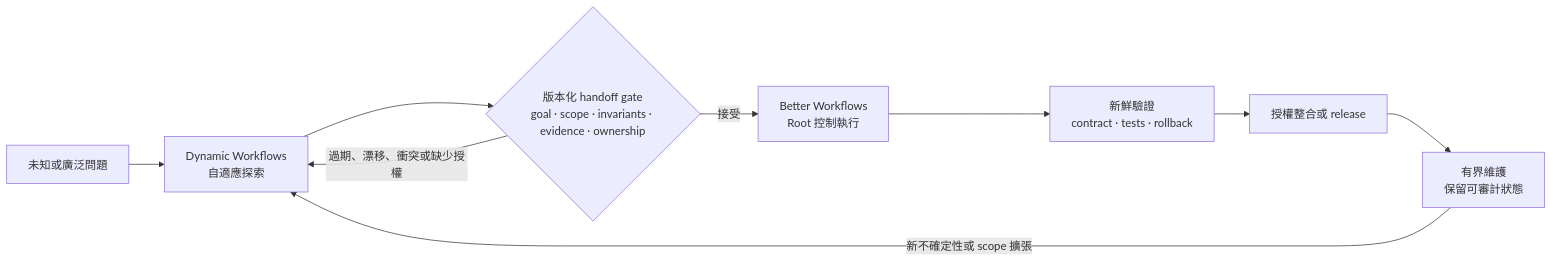
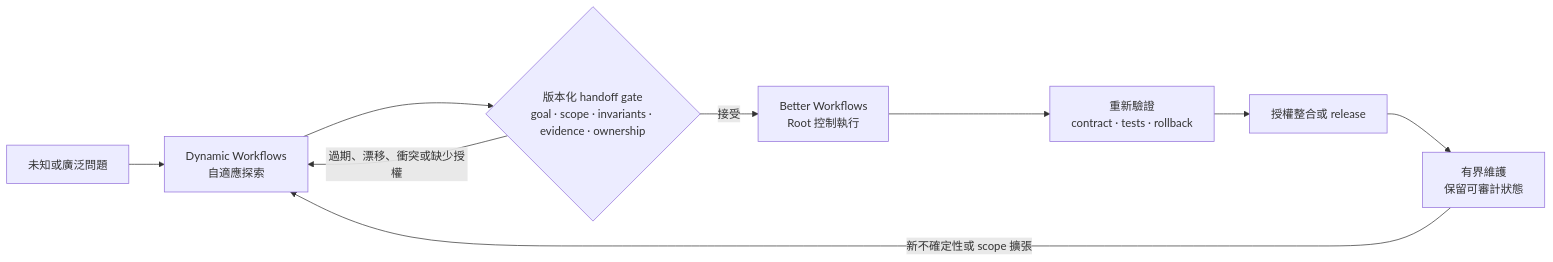
The first of 4 diagrams in docs/details/zh-TW.md (stephen-taipei/better-workflows), drawn with Mermaid before and after one commit. The commit also changed other lines of this file and 83 other files, not shown here.

````diff
--- a/docs/details/zh-TW.md
+++ b/docs/details/zh-TW.md
@@ -69,11 +69,11 @@
 ```mermaid
 flowchart LR
   A["未知或廣泛問題"] --> B["Dynamic Workflows<br/>自適應探索"]
   B --> C{"版本化 handoff gate<br/>goal · scope · invariants · evidence · ownership"}
   C -- "過期、漂移、衝突或缺少授權" --> B
   C -- "接受" --> D["Better Workflows<br/>Root 控制執行"]
-  D --> E["新鮮驗證<br/>contract · tests · rollback"]
+  D --> E["重新驗證<br/>contract · tests · rollback"]
   E --> F["授權整合或 release"]
   F --> G["有界維護<br/>保留可審計狀態"]
   G -- "新不確定性或 scope 擴張" --> B
 ```
````
